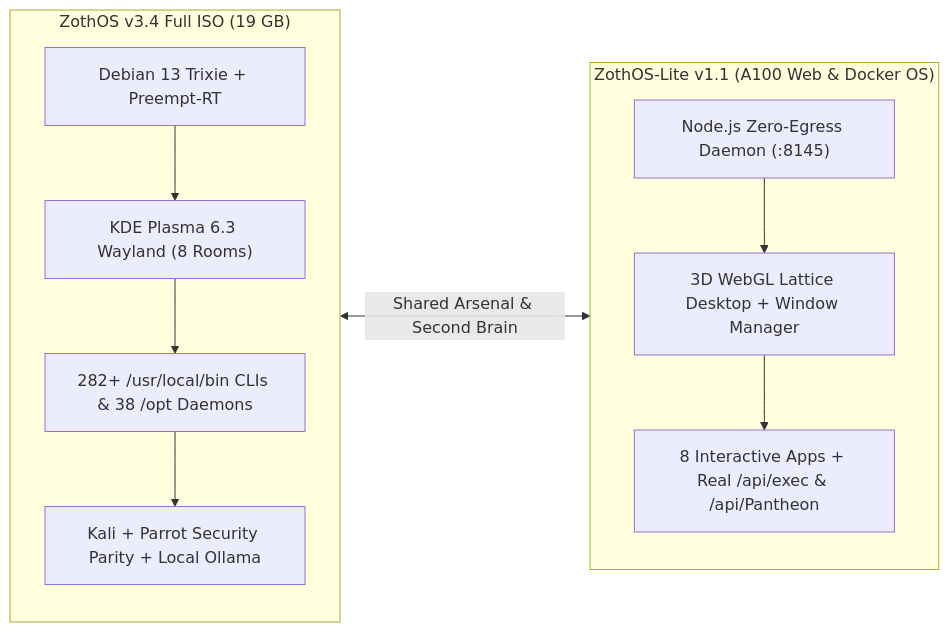
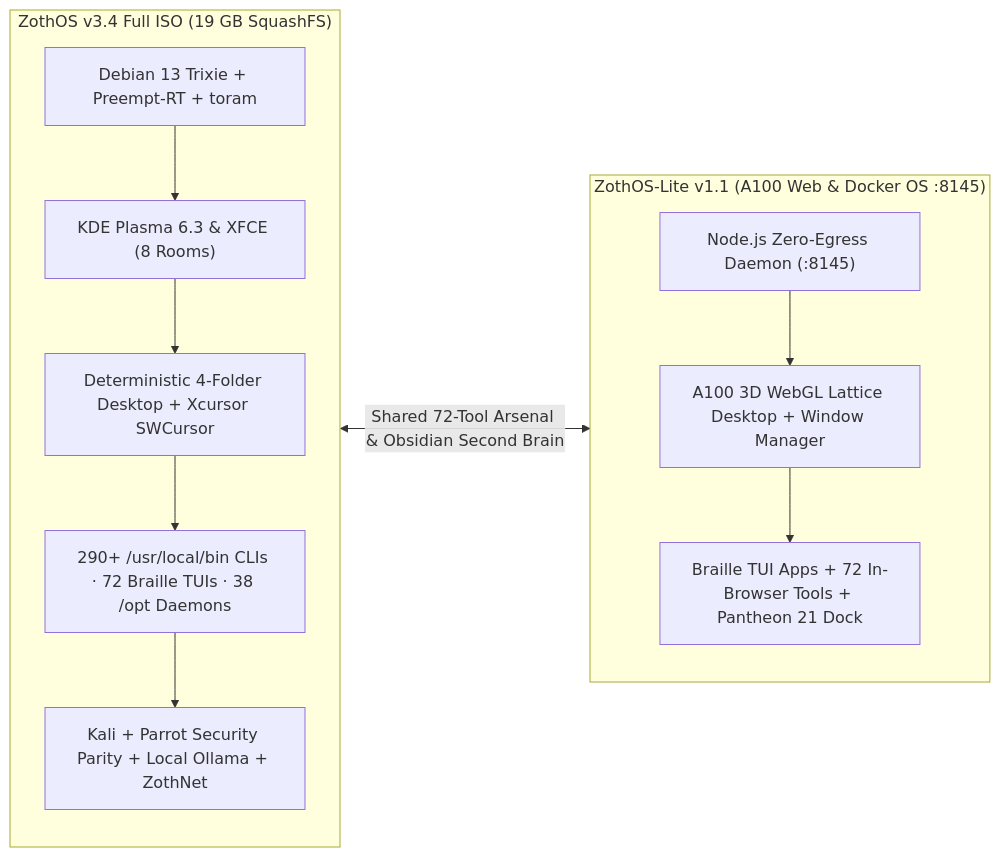
Before and after one commit to 1nc0gn30/zoth-os: the diagram in config/includes.chroot/etc/skel/Documents/Obsidian Vault/Zoth OS.md, drawn with Mermaid. The commit also changed other lines of this file and 38 other files, not shown here.

Commit message:
feat(includes): update sovereign CLIs, obsidian second brain canon & daemons in chroot

````diff
--- a/config/includes.chroot/etc/skel/Documents/Obsidian Vault/Zoth OS.md
+++ b/config/includes.chroot/etc/skel/Documents/Obsidian Vault/Zoth OS.md
@@ -38,13 +48,14 @@
 ```mermaid
 flowchart LR
-    subgraph FullISO["ZothOS v3.4 Full ISO (19 GB)"]
-        A["Debian 13 Trixie + Preempt-RT"] --> B["KDE Plasma 6.3 Wayland (8 Rooms)"]
-        B --> C["282+ /usr/local/bin CLIs & 38 /opt Daemons"]
-        C --> D["Kali + Parrot Security Parity + Local Ollama"]
+    subgraph FullISO["ZothOS v3.4 Full ISO (19 GB SquashFS)"]
+        A["Debian 13 Trixie + Preempt-RT + toram"] --> B["KDE Plasma 6.3 & XFCE (8 Rooms)"]
+        B --> C["Deterministic 4-Folder Desktop + Xcursor SWCursor"]
+        C --> D["290+ /usr/local/bin CLIs · 72 Braille TUIs · 38 /opt Daemons"]
+        D --> E["Kali + Parrot Security Parity + Local Ollama + ZothNet"]
     end
-    subgraph LiteOS["ZothOS-Lite v1.1 (A100 Web & Docker OS)"]
-        E["Node.js Zero-Egress Daemon (:8145)"] --> F["3D WebGL Lattice Desktop + Window Manager"]
-        F --> G["8 Interactive Apps + Real /api/exec & /api/Pantheon"]
+    subgraph LiteOS["ZothOS-Lite v1.1 (A100 Web & Docker OS :8145)"]
+        F["Node.js Zero-Egress Daemon (:8145)"] --> G["A100 3D WebGL Lattice Desktop + Window Manager"]
+        G --> H["Braille TUI Apps + 72 In-Browser Tools + Pantheon 21 Dock"]
     end
-    FullISO <-->|"Shared Arsenal & Second Brain"| LiteOS
+    FullISO <-->|"Shared 72-Tool Arsenal & Obsidian Second Brain"| LiteOS
 ```
````
